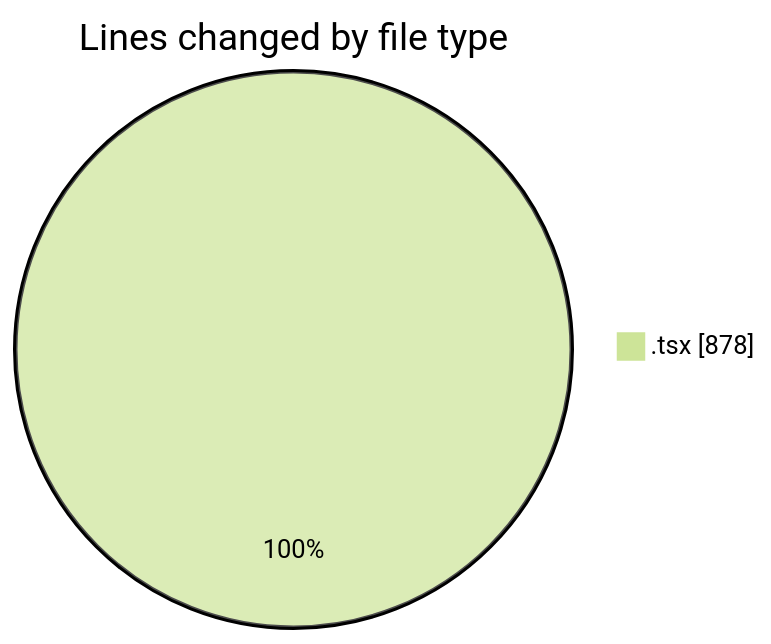
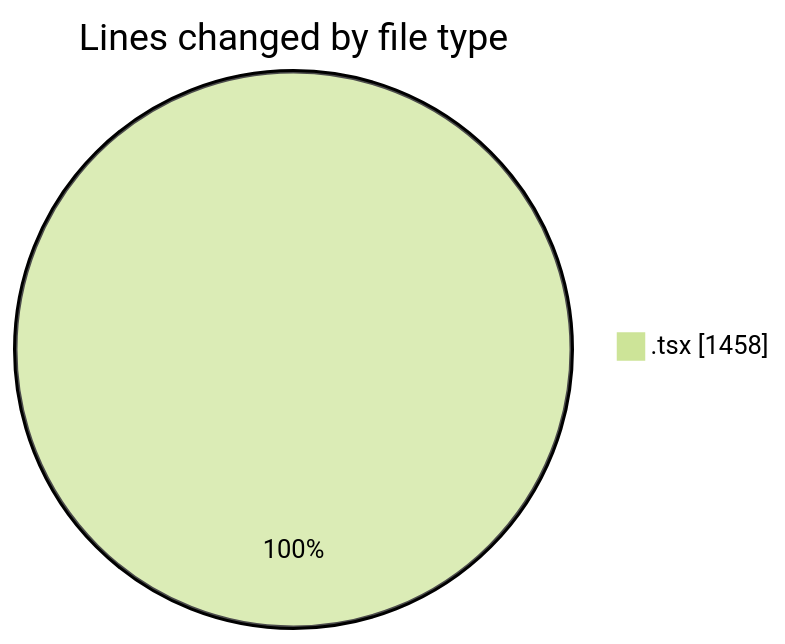
One commit to momahboobian/code-tracking changed the first of 2 diagrams in 2025-04-07/cda/README.md. Above: the diagram before and after it, drawn with Mermaid (forest theme). The commit also changed other lines of this file and 1 other file, not shown here.

````diff
--- a/2025-04-07/cda/README.md
+++ b/2025-04-07/cda/README.md
@@ -22,5 +23,5 @@
 ```mermaid
 pie showData
 title Lines changed by file type
-".tsx" : 878
+".tsx" : 1458
 ```
````
